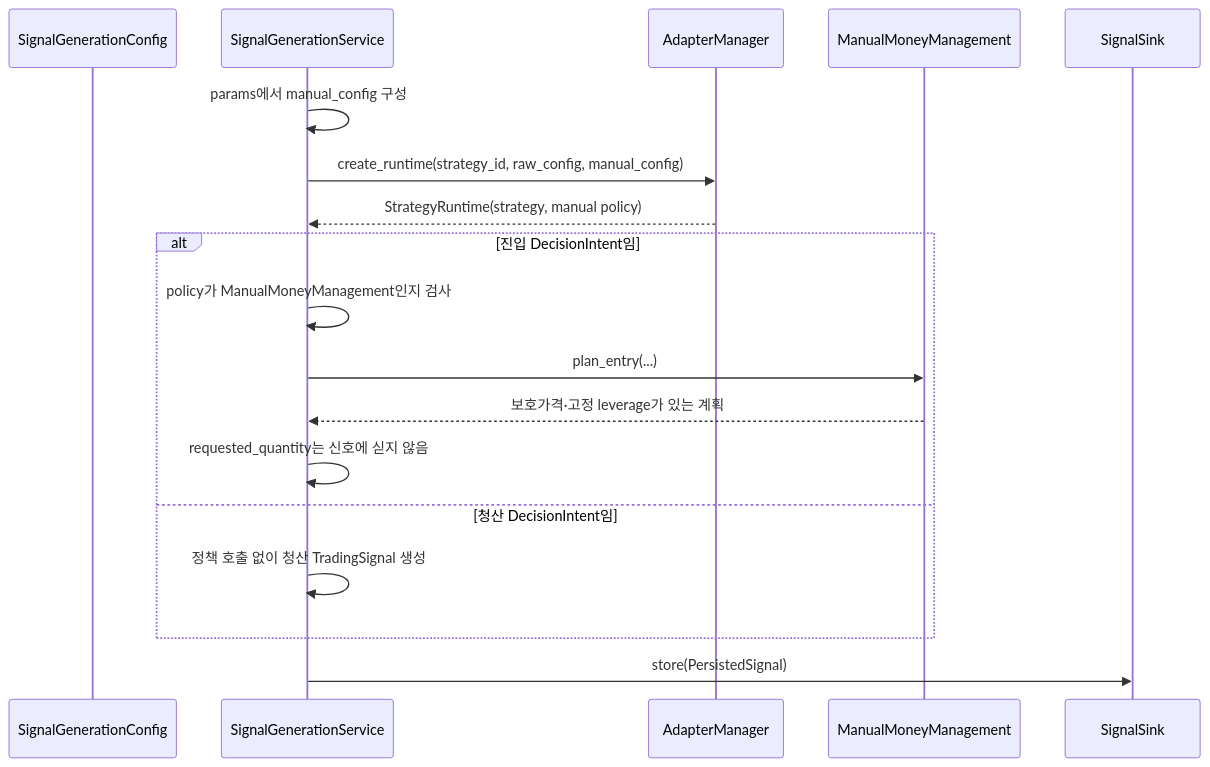
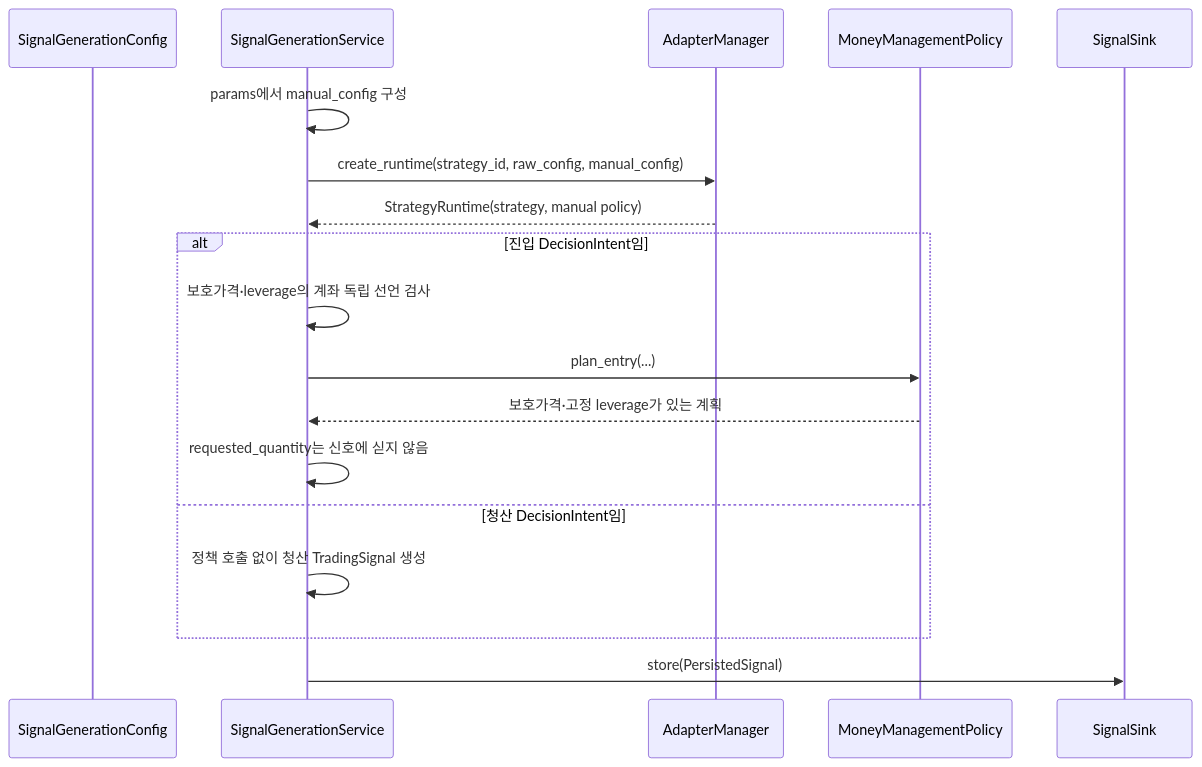
One commit to vessel35/trading-system-v2 changed diagram 20 of 38 in docs/fullspec/backtest_v2_detailed_design.md. Above: the diagram before and after it, drawn with Mermaid. The commit also changed other lines of this file and 7 other files, not shown here.

````diff
--- a/docs/fullspec/backtest_v2_detailed_design.md
+++ b/docs/fullspec/backtest_v2_detailed_design.md
@@ -2565,21 +2565,21 @@
 ```mermaid
 sequenceDiagram
     participant C as SignalGenerationConfig
     participant S as SignalGenerationService
     participant AM as AdapterManager
-    participant P as ManualMoneyManagement
+    participant P as MoneyManagementPolicy
     participant Sink as SignalSink
 
     S->>S: params에서 manual_config 구성
     S->>AM: create_runtime(strategy_id, raw_config, manual_config)
     AM-->>S: StrategyRuntime(strategy, manual policy)
     alt 진입 DecisionIntent임
-        S->>S: policy가 ManualMoneyManagement인지 검사
+        S->>S: 보호가격·leverage의 계좌 독립 선언 검사
         S->>P: plan_entry(...)
         P-->>S: 보호가격·고정 leverage가 있는 계획
         S->>S: requested_quantity는 신호에 싣지 않음
     else 청산 DecisionIntent임
         S->>S: 정책 호출 없이 청산 TradingSignal 생성
     end
     S->>Sink: store(PersistedSignal)
 ```
````
